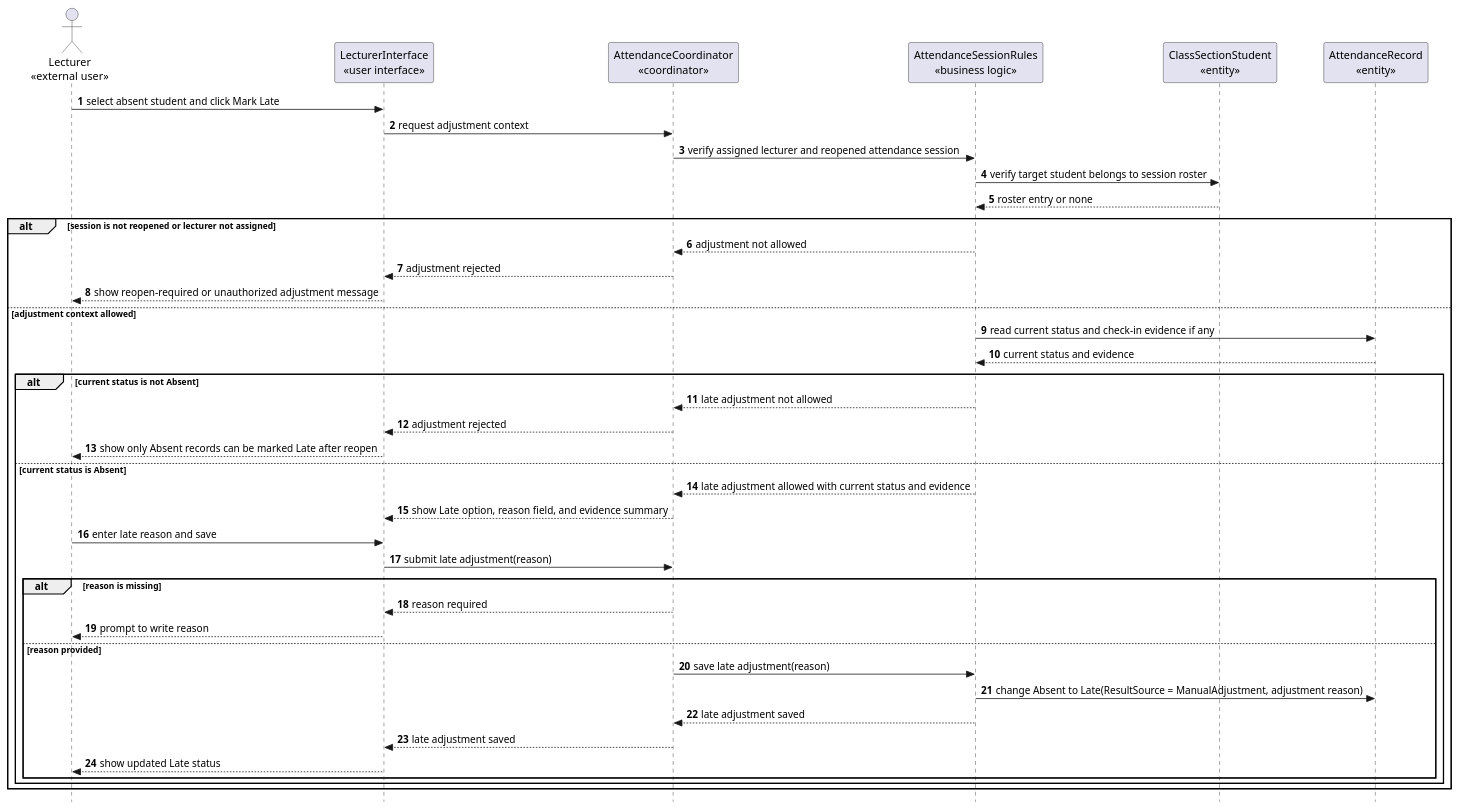
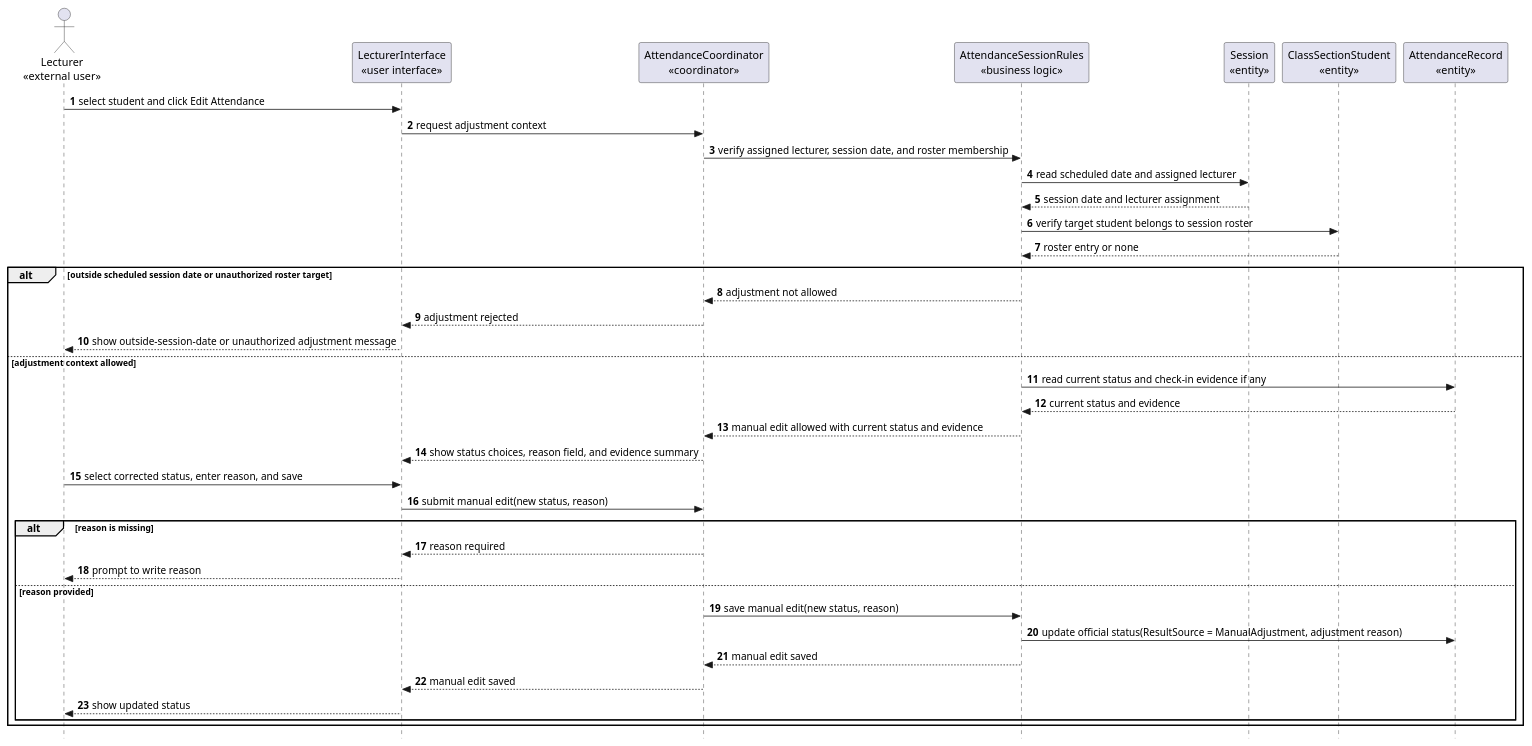
One commit to nttung42/SWD392 changed diagram 19 of 26 in docs/rds/2_Analysis.md. Above: the diagram before and after it, drawn with PlantUML. The commit also changed other lines of this file and 3 other files, not shown here.

````diff
--- a/docs/rds/2_Analysis.md
+++ b/docs/rds/2_Analysis.md
@@ -877,49 +862,45 @@
 ```plantuml
 @startuml
 skinparam style strictuml
 autonumber
 actor "Lecturer\n«external user»" as Lecturer
 participant "LecturerInterface\n«user interface»" as LecturerUI
 participant "AttendanceCoordinator\n«coordinator»" as AdjustmentControl
 participant "AttendanceSessionRules\n«business logic»" as SessionRules
+participant "Session\n«entity»" as Session
 participant "ClassSectionStudent\n«entity»" as ClassSectionStudent
 participant "AttendanceRecord\n«entity»" as AttendanceRecord
 
-Lecturer -> LecturerUI : select absent student and click Mark Late
+Lecturer -> LecturerUI : select student and click Edit Attendance
 LecturerUI -> AdjustmentControl : request adjustment context
-AdjustmentControl -> SessionRules : verify assigned lecturer and reopened attendance session
+AdjustmentControl -> SessionRules : verify assigned lecturer, session date, and roster membership
+SessionRules -> Session : read scheduled date and assigned lecturer
+Session --> SessionRules : session date and lecturer assignment
 SessionRules -> ClassSectionStudent : verify target student belongs to session roster
 ClassSectionStudent --> SessionRules : roster entry or none
 
-alt session is not reopened or lecturer not assigned
+alt outside scheduled session date or unauthorized roster target
   SessionRules --> AdjustmentControl : adjustment not allowed
   AdjustmentControl --> LecturerUI : adjustment rejected
-  LecturerUI --> Lecturer : show reopen-required or unauthorized adjustment message
+  LecturerUI --> Lecturer : show outside-session-date or unauthorized adjustment message
 else adjustment context allowed
   SessionRules -> AttendanceRecord : read current status and check-in evidence if any
   AttendanceRecord --> SessionRules : current status and evidence
+  SessionRules --> AdjustmentControl : manual edit allowed with current status and evidence
+  AdjustmentControl --> LecturerUI : show status choices, reason field, and evidence summary
+  Lecturer -> LecturerUI : select corrected status, enter reason, and save
+  LecturerUI -> AdjustmentControl : submit manual edit(new status, reason)
 
-  alt current status is not Absent
-    SessionRules --> AdjustmentControl : late adjustment not allowed
-    AdjustmentControl --> LecturerUI : adjustment rejected
-    LecturerUI --> Lecturer : show only Absent records can be marked Late after reopen
-  else current status is Absent
-    SessionRules --> AdjustmentControl : late adjustment allowed with current status and evidence
-    AdjustmentControl --> LecturerUI : show Late option, reason field, and evidence summary
-    Lecturer -> LecturerUI : enter late reason and save
-    LecturerUI -> AdjustmentControl : submit late adjustment(reason)
-
-    alt reason is missing
-      AdjustmentControl --> LecturerUI : reason required
-      LecturerUI --> Lecturer : prompt to write reason
-    else reason provided
-      AdjustmentControl -> SessionRules : save late adjustment(reason)
-      SessionRules -> AttendanceRecord : change Absent to Late(ResultSource = ManualAdjustment, adjustment reason)
-      SessionRules --> AdjustmentControl : late adjustment saved
-      AdjustmentControl --> LecturerUI : late adjustment saved
-      LecturerUI --> Lecturer : show updated Late status
-    end
+  alt reason is missing
+    AdjustmentControl --> LecturerUI : reason required
+    LecturerUI --> Lecturer : prompt to write reason
+  else reason provided
+    AdjustmentControl -> SessionRules : save manual edit(new status, reason)
+    SessionRules -> AttendanceRecord : update official status(ResultSource = ManualAdjustment, adjustment reason)
+    SessionRules --> AdjustmentControl : manual edit saved
+    AdjustmentControl --> LecturerUI : manual edit saved
+    LecturerUI --> Lecturer : show updated status
   end
 end
 @enduml
 ```
````
